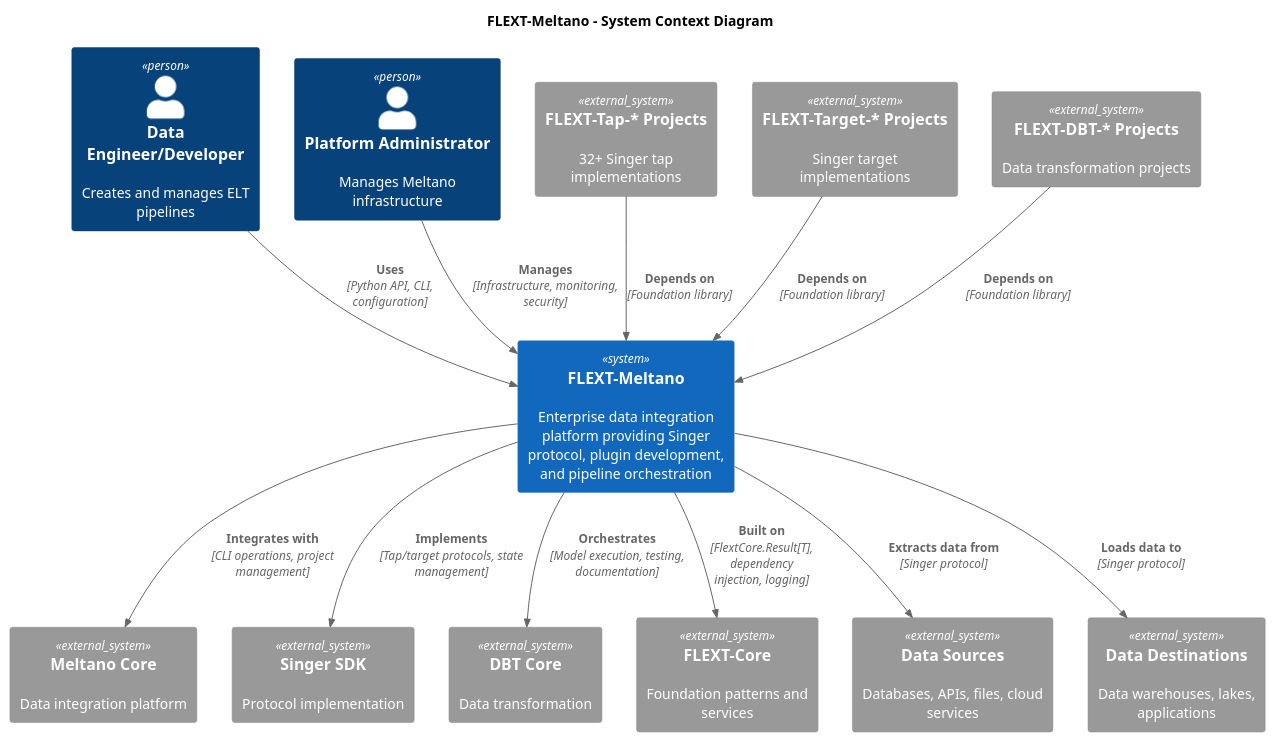
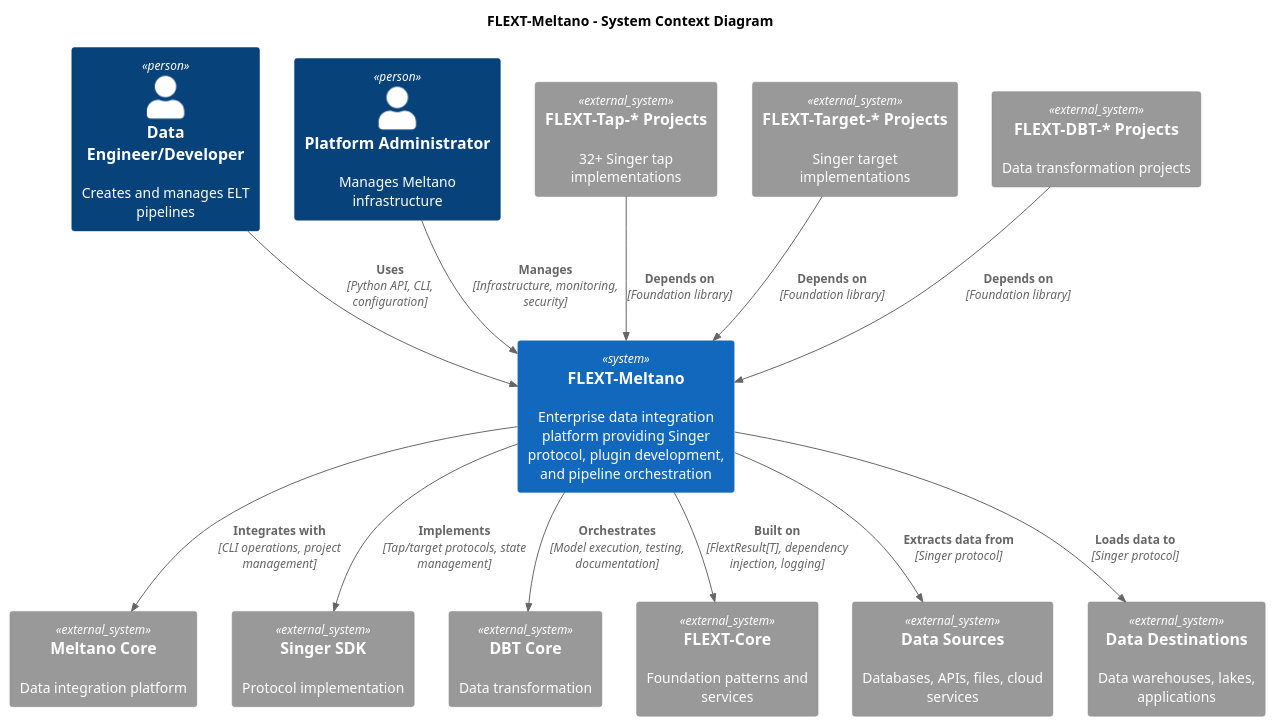
One commit to flext-sh/flext-meltano changed the first of 5 diagrams in docs/architecture/C4_MODEL.md. Above: the diagram before and after it, drawn with PlantUML. The commit also changed other lines of this file and 91 other files, not shown here.

````diff
--- a/docs/architecture/C4_MODEL.md
+++ b/docs/architecture/C4_MODEL.md
@@ -26,40 +26,40 @@
 ```plantuml
 @startuml FLEXT-Meltano Context Diagram
 !include https://raw.githubusercontent.com/plantuml-stdlib/C4-PlantUML/master/C4_Context.puml
 
 title FLEXT-Meltano - System Context Diagram
 
 Person(user, "Data Engineer/Developer", "Creates and manages ELT pipelines")
 Person(REDACTED_LDAP_BIND_PASSWORD, "Platform Administrator", "Manages Meltano infrastructure")
 
 System(flext_meltano, "FLEXT-Meltano", "Enterprise data integration platform providing Singer protocol, plugin development, and pipeline orchestration")
 
 System_Ext(meltano_core, "Meltano Core", "Data integration platform")
 System_Ext(singer_sdk, "Singer SDK", "Protocol implementation")
 System_Ext(dbt_core, "DBT Core", "Data transformation")
 System_Ext(flext_core, "FLEXT-Core", "Foundation patterns and services")
 
 System_Ext(flext_tap_star, "FLEXT-Tap-* Projects", "32+ Singer tap implementations")
 System_Ext(flext_target_star, "FLEXT-Target-* Projects", "Singer target implementations")
 System_Ext(flext_dbt_star, "FLEXT-DBT-* Projects", "Data transformation projects")
 
 System_Ext(data_sources, "Data Sources", "Databases, APIs, files, cloud services")
 System_Ext(data_destinations, "Data Destinations", "Data warehouses, lakes, applications")
 
 Rel(user, flext_meltano, "Uses", "Python API, CLI, configuration")
 Rel(REDACTED_LDAP_BIND_PASSWORD, flext_meltano, "Manages", "Infrastructure, monitoring, security")
 
 Rel(flext_meltano, meltano_core, "Integrates with", "CLI operations, project management")
 Rel(flext_meltano, singer_sdk, "Implements", "Tap/target protocols, state management")
 Rel(flext_meltano, dbt_core, "Orchestrates", "Model execution, testing, documentation")
-Rel(flext_meltano, flext_core, "Built on", "FlextCore.Result[T], dependency injection, logging")
+Rel(flext_meltano, flext_core, "Built on", "FlextResult[T], dependency injection, logging")
 
 Rel(flext_tap_star, flext_meltano, "Depends on", "Foundation library")
 Rel(flext_target_star, flext_meltano, "Depends on", "Foundation library")
 Rel(flext_dbt_star, flext_meltano, "Depends on", "Foundation library")
 
 Rel(flext_meltano, data_sources, "Extracts data from", "Singer protocol")
 Rel(flext_meltano, data_destinations, "Loads data to", "Singer protocol")
 
 @enduml
 ```
````
